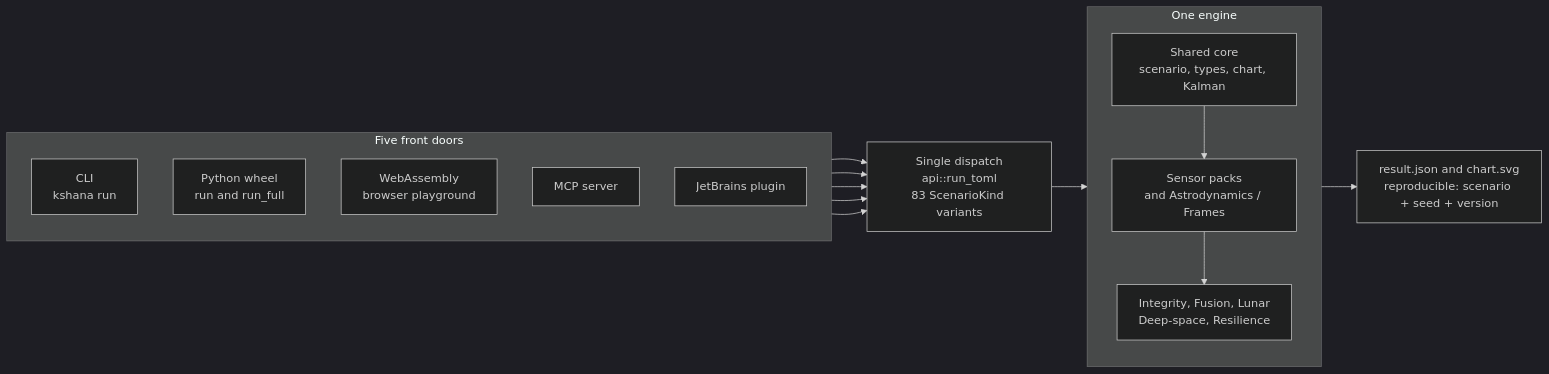
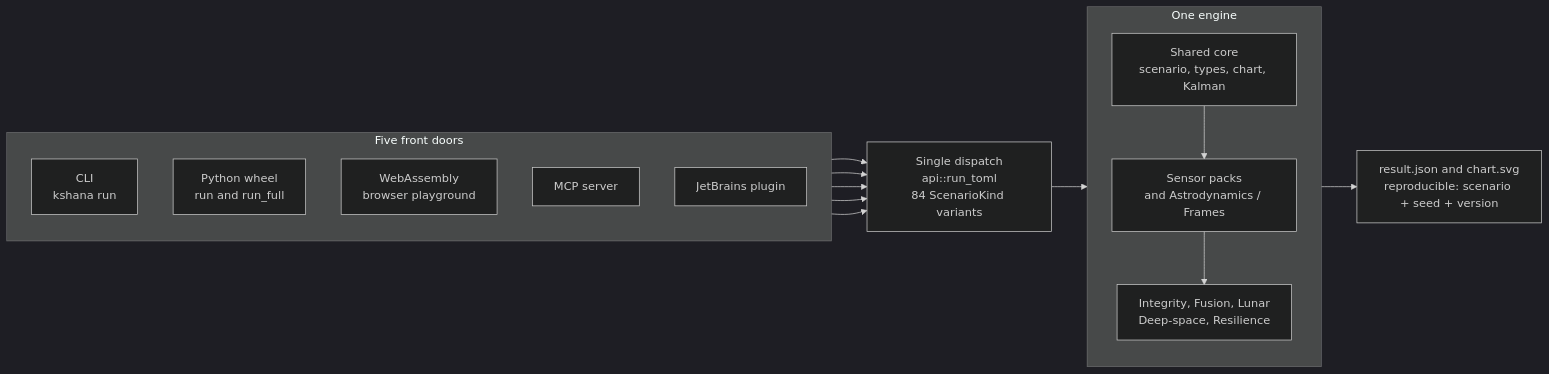
Before and after one commit to ashfordeOU/kshana: the diagram in docs/diagrams/system-overview.mmd, drawn with Mermaid (dark theme). The commit also changed 10 other files, not shown here.

Commit message:
docs(optical): update ledger and scenario-kind counts in READMEs, architecture notes and diagram sources (364 rows, 185 modelled, 84 kinds)

```diff
--- a/docs/diagrams/system-overview.mmd
+++ b/docs/diagrams/system-overview.mmd
@@ -1,31 +1,31 @@
 flowchart LR
     subgraph DOORS[Five front doors]
         direction TB
         CLI[CLI<br/>kshana run]
         PY[Python wheel<br/>run and run_full]
         WASM[WebAssembly<br/>browser playground]
         MCP[MCP server]
         IDE[JetBrains plugin]
     end
 
-    DISPATCH[Single dispatch<br/>api::run_toml<br/>83 ScenarioKind variants]
+    DISPATCH[Single dispatch<br/>api::run_toml<br/>84 ScenarioKind variants]
 
     subgraph ENGINE[One engine]
         direction TB
         CORE[Shared core<br/>scenario, types, chart, Kalman]
         PACKS[Sensor packs<br/>and Astrodynamics / Frames]
         DOMAIN[Integrity, Fusion, Lunar<br/>Deep-space, Resilience]
         CORE --> PACKS
         PACKS --> DOMAIN
     end
 
     OUT[result.json and chart.svg<br/>reproducible: scenario + seed + version]
 
     CLI --> DISPATCH
     PY --> DISPATCH
     WASM --> DISPATCH
     MCP --> DISPATCH
     IDE --> DISPATCH
 
     DISPATCH --> ENGINE
     ENGINE --> OUT
```
